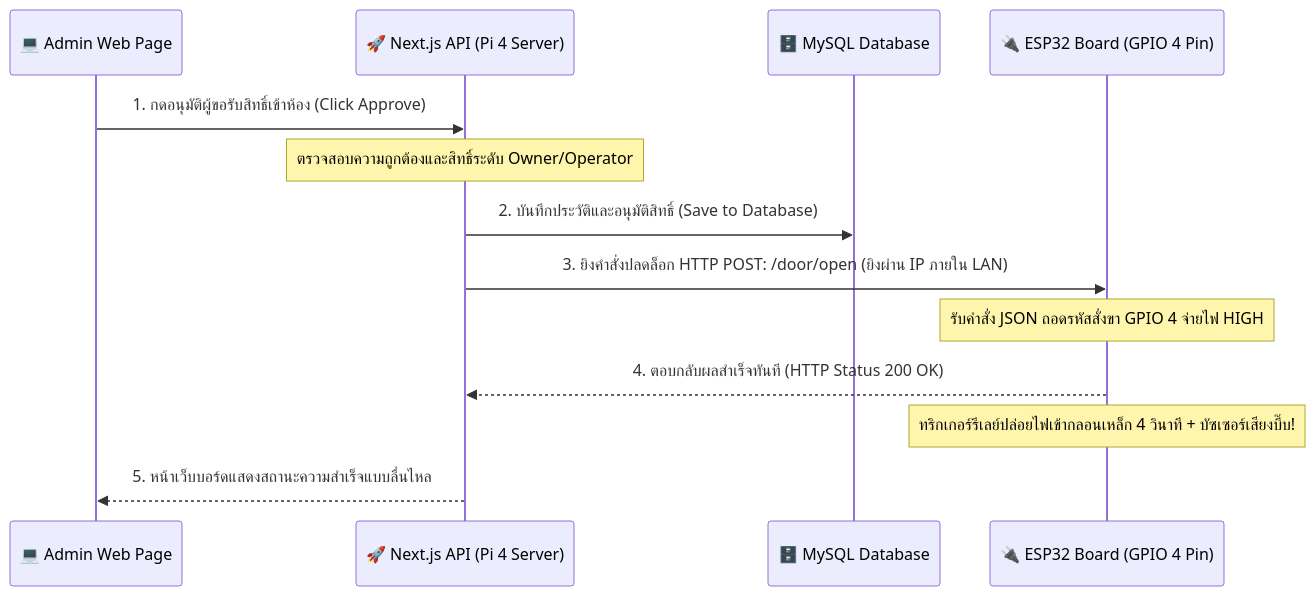
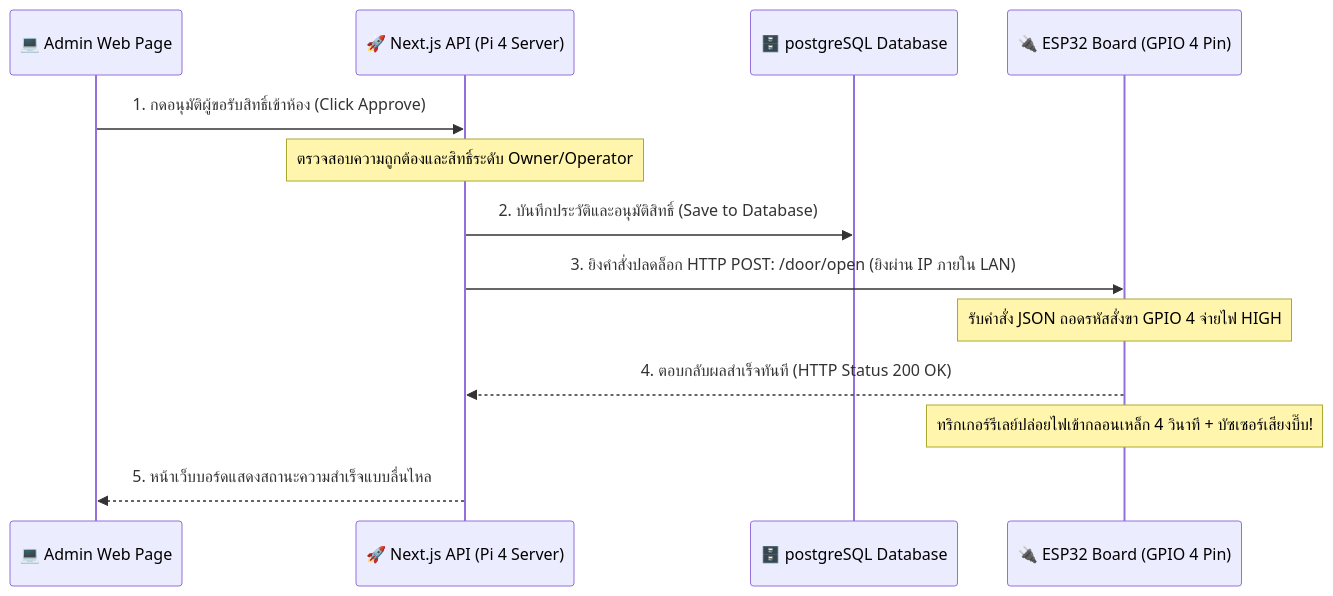
The diagram in my-app/architecture_recommendations.md (puripong1st/SmartAccess-Project), drawn with Mermaid before and after one commit. The commit also changed other lines of this file and 12 other files, not shown here.

Commit message:
feat: implement system status API, reorganize project documentation, and finalize PostgreSQL migration cleanup

````diff
--- a/my-app/architecture_recommendations.md
+++ b/my-app/architecture_recommendations.md
@@ -41,16 +41,16 @@
 ```mermaid
 sequenceDiagram
     participant AdminBrowser as 💻 Admin Web Page
     participant NextJS as 🚀 Next.js API (Pi 4 Server)
-    participant Database as 🗄️ MySQL Database
+    participant Database as 🗄️ postgreSQL Database
     participant ESP32 as 🔌 ESP32 Board (GPIO 4 Pin)
 
     AdminBrowser->>NextJS: 1. กดอนุมัติผู้ขอรับสิทธิ์เข้าห้อง (Click Approve)
     Note over NextJS: ตรวจสอบความถูกต้องและสิทธิ์ระดับ Owner/Operator
     NextJS->>Database: 2. บันทึกประวัติและอนุมัติสิทธิ์ (Save to Database)
     NextJS->>ESP32: 3. ยิงคำสั่งปลดล็อก HTTP POST: /door/open (ยิงผ่าน IP ภายใน LAN)
     Note over ESP32: รับคำสั่ง JSON ถอดรหัสสั่งขา GPIO 4 จ่ายไฟ HIGH
     ESP32-->>NextJS: 4. ตอบกลับผลสำเร็จทันที (HTTP Status 200 OK)
     Note over ESP32: ทริกเกอร์รีเลย์ปล่อยไฟเข้ากลอนเหล็ก 4 วินาที + บัซเซอร์เสียงบี๊บ!
     NextJS-->>AdminBrowser: 5. หน้าเว็บบอร์ดแสดงสถานะความสำเร็จแบบลื่นไหล
 ```
````
